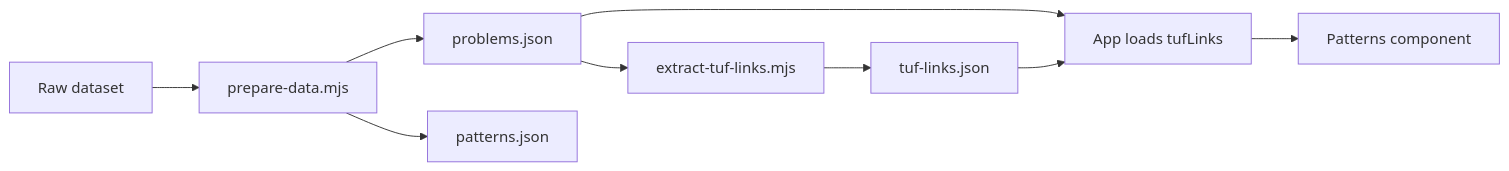
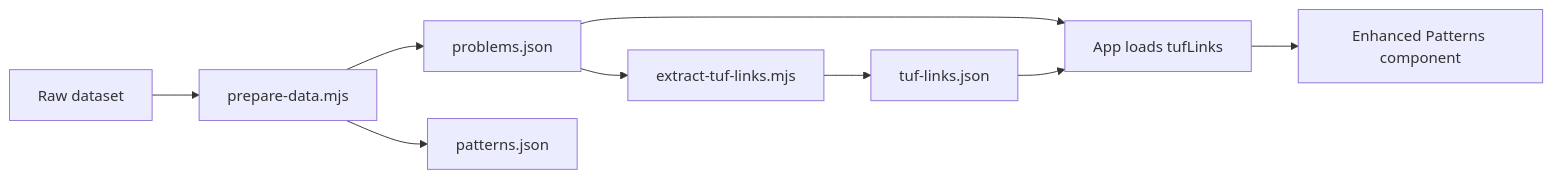
One commit to iamrituraj/DSA-Tracker changed the tenth of 10 diagrams in .qoder/repowiki/en/content/Frontend Application/Patterns Component.md. Above: the diagram before and after it, drawn with Mermaid. The commit also changed other lines of this file and 8 other files, not shown here.

````diff
--- a/.qoder/repowiki/en/content/Frontend Application/Patterns Component.md
+++ b/.qoder/repowiki/en/content/Frontend Application/Patterns Component.md
@@ -264,11 +329,11 @@
 ```mermaid
 graph LR
 Raw["Raw dataset"] --> Prep["prepare-data.mjs"]
 Prep --> Problems["problems.json"]
 Prep --> PatternsCatalog["patterns.json"]
 Problems --> Extract["extract-tuf-links.mjs"]
 Extract --> TUF["tuf-links.json"]
 Problems --> App["App loads problems"]
 TUF --> App["App loads tufLinks"]
-App --> Patterns["Patterns component"]
+App --> Patterns["Enhanced Patterns component"]
 ```
````
